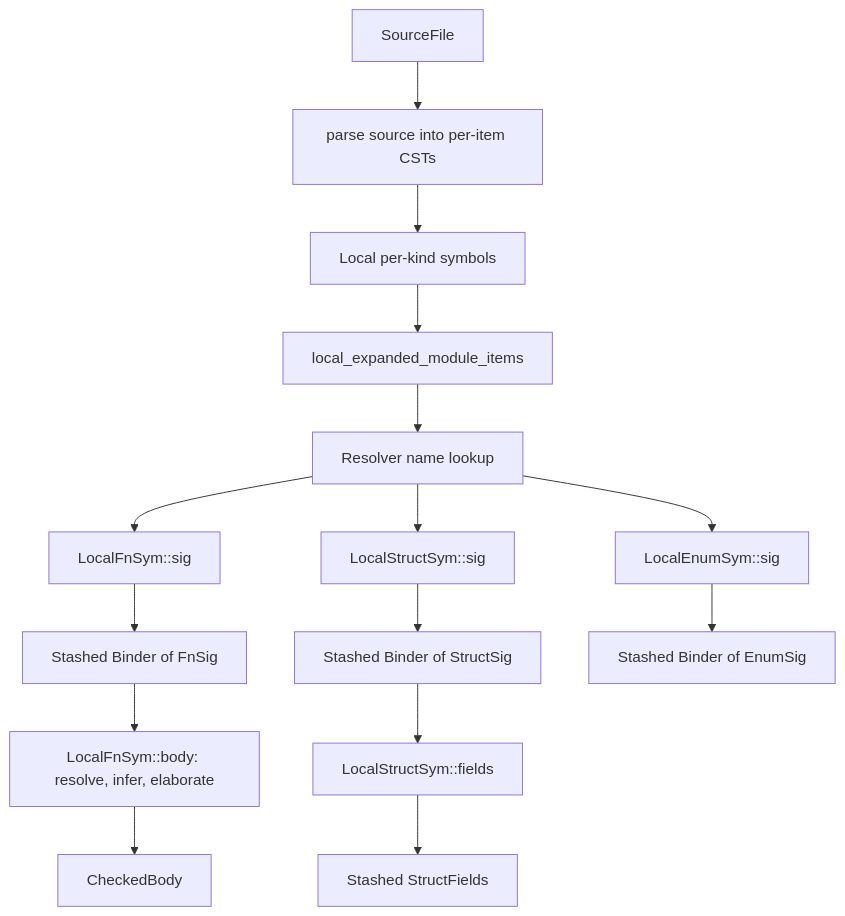
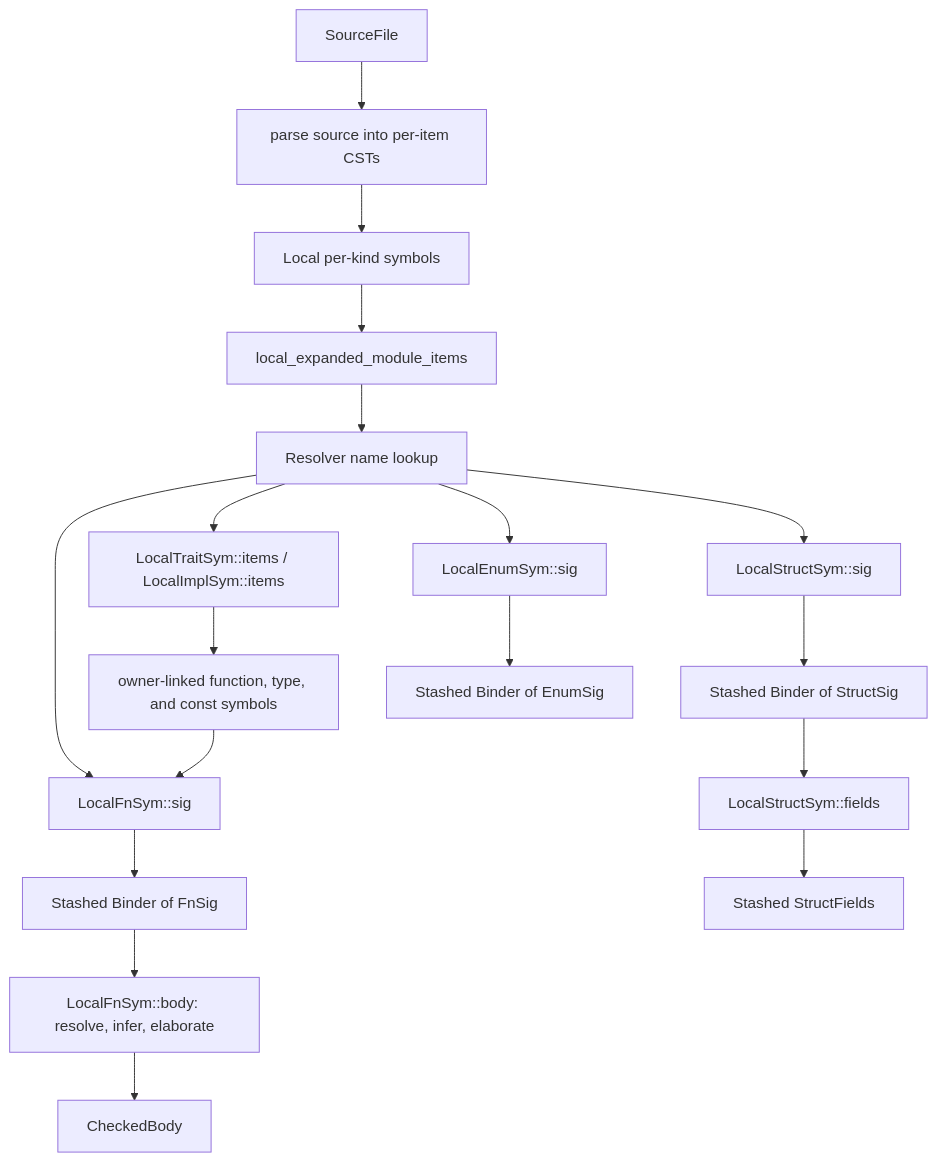
One commit to nikomatsakis/sage-dev changed the first of 2 diagrams in md/design/architecture.md. Above: the diagram before and after it, drawn with Mermaid. The commit also changed other lines of this file and 28 other files, not shown here.

````diff
--- a/md/design/architecture.md
+++ b/md/design/architecture.md
@@ -83,17 +84,20 @@
 ```mermaid
 flowchart TD
     Source[SourceFile] --> Parse[parse source into per-item CSTs]
     Parse --> Symbols[Local per-kind symbols]
     Symbols --> Expanded[local_expanded_module_items]
     Expanded --> Resolve[Resolver name lookup]
     Resolve --> FnSig[LocalFnSym::sig]
     Resolve --> StructSig[LocalStructSym::sig]
     Resolve --> EnumSig[LocalEnumSym::sig]
+    Resolve --> OwnerItems[LocalTraitSym::items / LocalImplSym::items]
+    OwnerItems --> Associated[owner-linked function, type, and const symbols]
+    Associated --> FnSig
     FnSig --> FnBinder[Stashed Binder of FnSig]
     StructSig --> StructBinder[Stashed Binder of StructSig]
     EnumSig --> EnumBinder[Stashed Binder of EnumSig]
     FnBinder --> FnBody[LocalFnSym::body: resolve, infer, elaborate]
     StructBinder --> Fields[LocalStructSym::fields]
     FnBody --> Checked[CheckedBody]
     Fields --> StructFields[Stashed StructFields]
 ```
````
